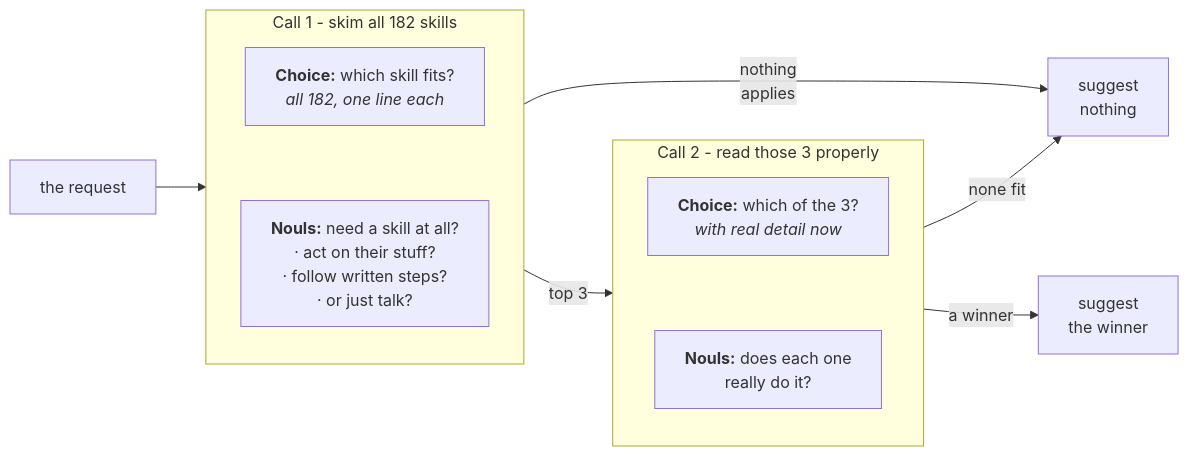
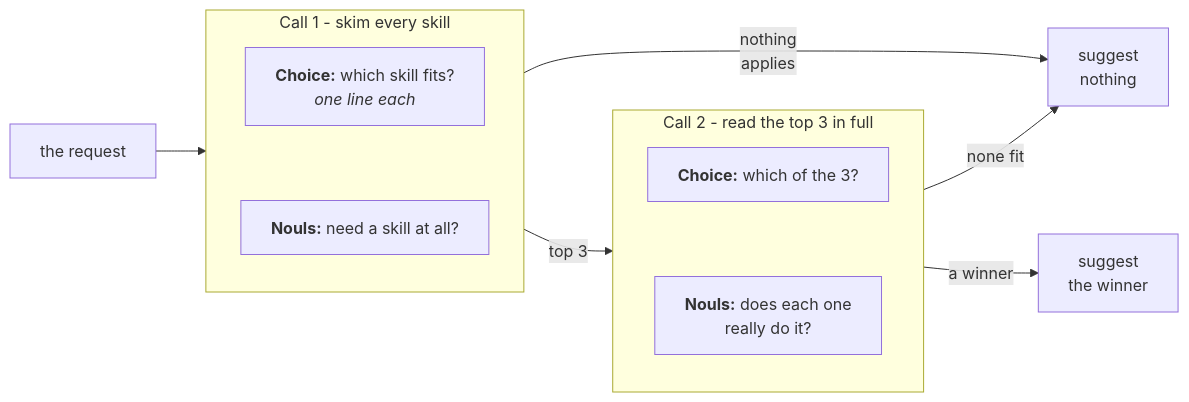
Before and after one commit to WeBuildDatabases/jev-job-by-job: the diagram in research/typesafe-pages/skill_suggestion.md, drawn with Mermaid. The commit also changed other lines of this file and 3 other files, not shown here.

````diff
--- a/research/typesafe-pages/skill_suggestion.md
+++ b/research/typesafe-pages/skill_suggestion.md
@@ -57,22 +55,22 @@
 ```mermaid actions={true} theme={null}
 flowchart LR
-    subgraph C1["Call 1 - skim all 182 skills"]
+    subgraph C1["Call 1 - skim every skill"]
         direction TB
-        Q1["<b>Choice:</b> which skill fits?<br/><i>all 182, one line each</i>"]
-        N1["<b>Nouls:</b> need a skill at all?<br/>· act on their stuff?<br/>· follow written steps?<br/>· or just talk?"]
+        Q1["<b>Choice:</b> which skill fits?<br/><i>one line each</i>"]
+        N1["<b>Nouls:</b> need a skill at all?"]
         %% invisible link: without an edge these two share a rank, which in a TB
         %% subgraph puts them side by side instead of stacked
         Q1 ~~~ N1
     end
-    subgraph C2["Call 2 - read those 3 properly"]
+    subgraph C2["Call 2 - read the top 3 in full"]
         direction TB
-        Q2["<b>Choice:</b> which of the 3?<br/><i>with real detail now</i>"]
+        Q2["<b>Choice:</b> which of the 3?"]
         N2["<b>Nouls:</b> does each one<br/>really do it?"]
         Q2 ~~~ N2
     end
     REQ["the request"] --> C1
     C1 -->|"top 3"| C2
     C1 -->|"nothing<br/>applies"| STOP["suggest<br/>nothing"]
     C2 -->|"none fit"| STOP
     C2 -->|"a winner"| OUT["suggest<br/>the winner"]
 ```
````
